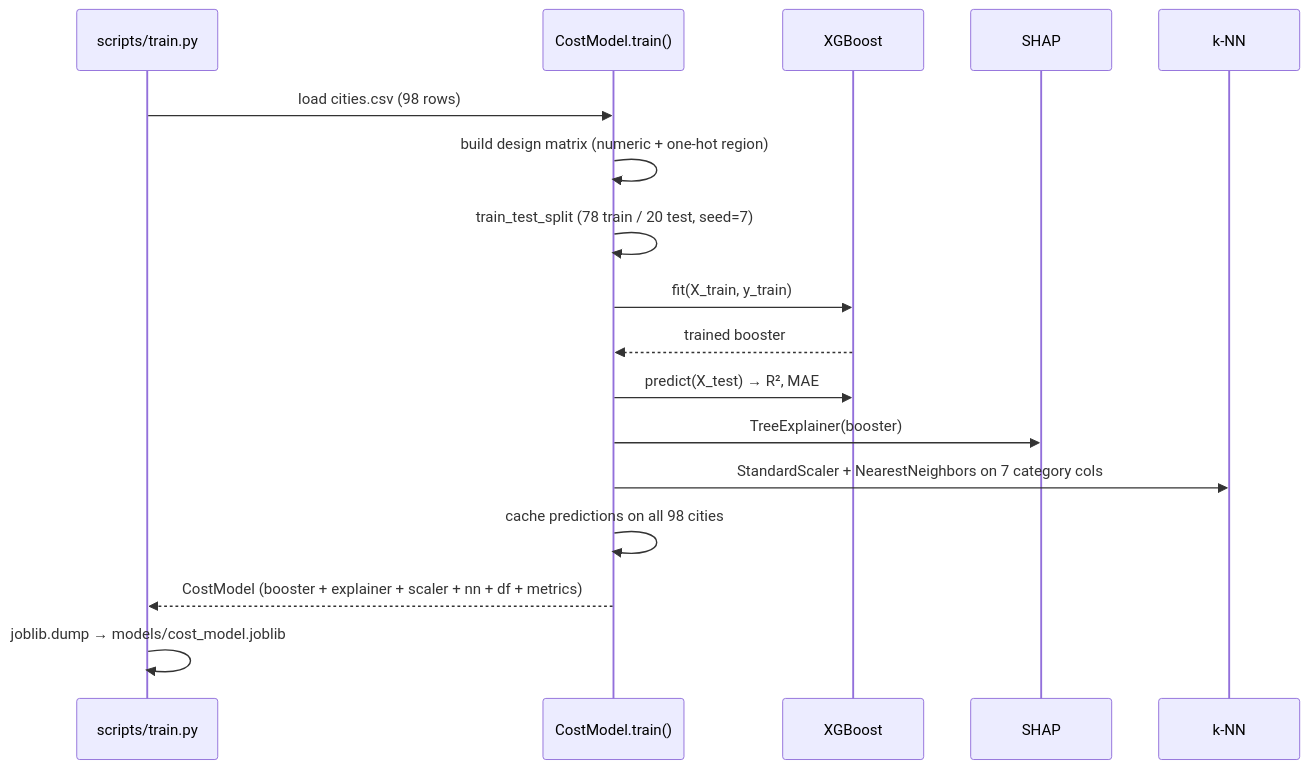
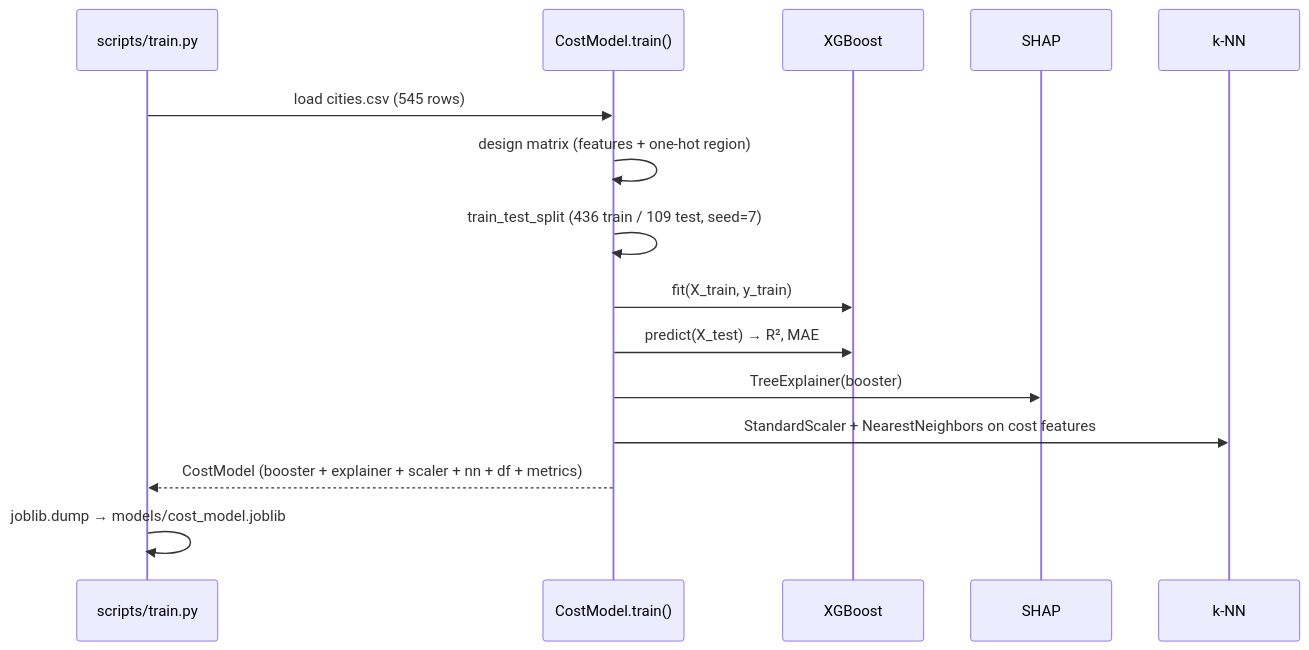
The fourth of 7 diagrams in docs/HOW_IT_WORKS.md (tejassinghbhati/COLE), drawn with Mermaid before and after one commit. The commit also changed other lines of this file and 1 other file, not shown here.

````diff
--- a/docs/HOW_IT_WORKS.md
+++ b/docs/HOW_IT_WORKS.md
@@ -302,20 +238,18 @@
 ```mermaid
 sequenceDiagram
     participant S as scripts/train.py
     participant M as CostModel.train()
     participant X as XGBoost
     participant SH as SHAP
     participant NN as k-NN
 
-    S->>M: load cities.csv (98 rows)
-    M->>M: build design matrix (numeric + one-hot region)
-    M->>M: train_test_split (78 train / 20 test, seed=7)
+    S->>M: load cities.csv (545 rows)
+    M->>M: design matrix (features + one-hot region)
+    M->>M: train_test_split (436 train / 109 test, seed=7)
     M->>X: fit(X_train, y_train)
-    X-->>M: trained booster
     M->>X: predict(X_test) → R², MAE
     M->>SH: TreeExplainer(booster)
-    M->>NN: StandardScaler + NearestNeighbors on 7 category cols
-    M->>M: cache predictions on all 98 cities
+    M->>NN: StandardScaler + NearestNeighbors on cost features
     M-->>S: CostModel (booster + explainer + scaler + nn + df + metrics)
     S->>S: joblib.dump → models/cost_model.joblib
 ```
````
